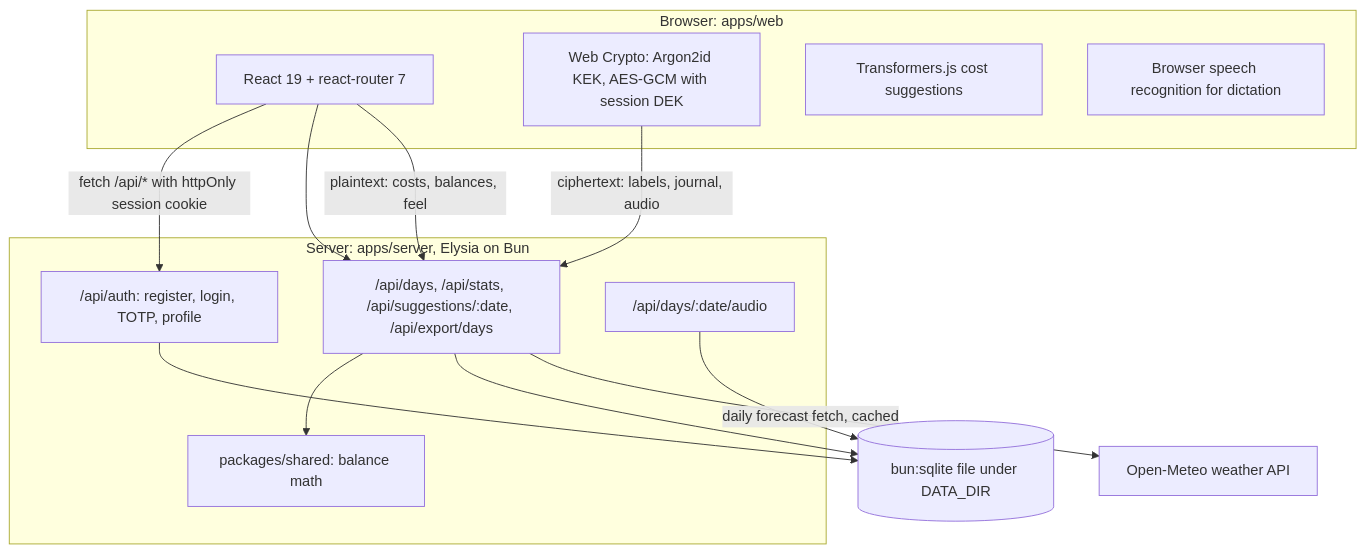
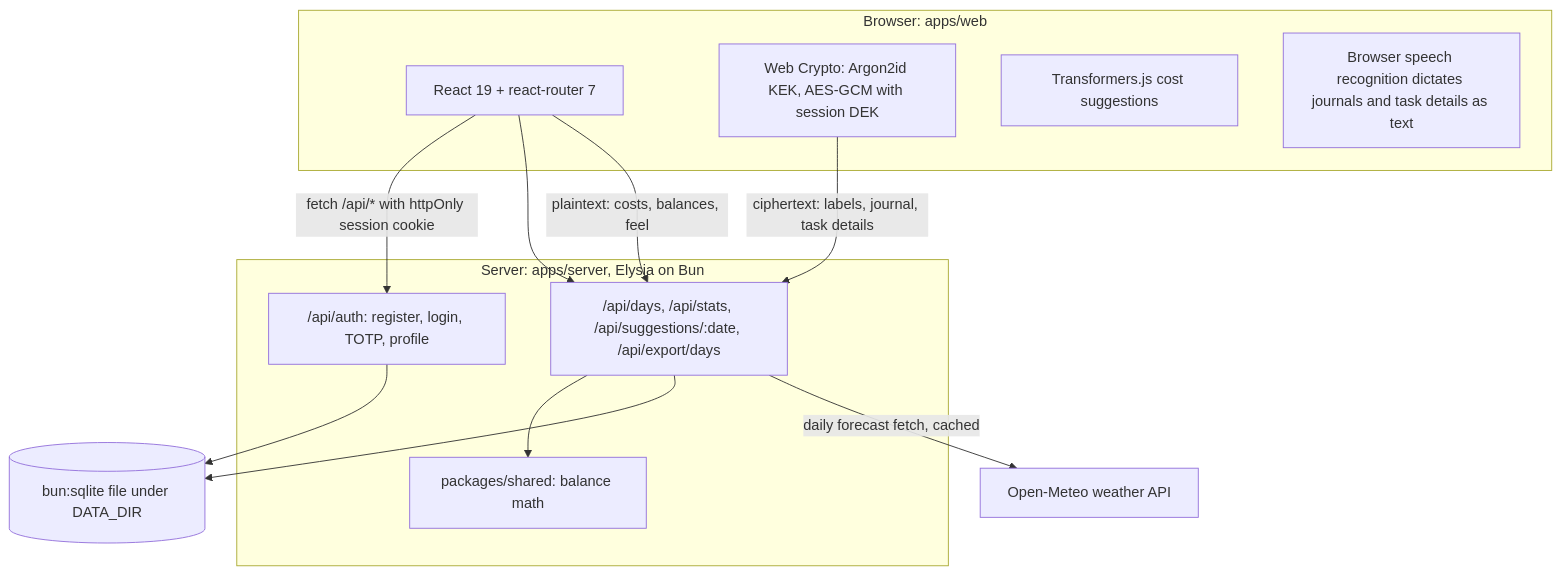
The first of 2 diagrams in ARCHITECTURE.md (97115104/energyaccounting), drawn with Mermaid before and after one commit. The commit also changed other lines of this file and 13 other files, not shown here.

````diff
--- a/ARCHITECTURE.md
+++ b/ARCHITECTURE.md
@@ -7,26 +7,24 @@
 ```mermaid
 flowchart TB
   subgraph browser [Browser: apps/web]
     ui["React 19 + react-router 7"]
     webcrypto["Web Crypto: Argon2id KEK, AES-GCM with session DEK"]
     embed["Transformers.js cost suggestions"]
-    speech["Browser speech recognition for dictation"]
+    speech["Browser speech recognition dictates journals and task details as text"]
   end
   subgraph server [Server: apps/server, Elysia on Bun]
     authr["/api/auth: register, login, TOTP, profile"]
     daysr["/api/days, /api/stats, /api/suggestions/:date, /api/export/days"]
-    audior["/api/days/:date/audio"]
     shared["packages/shared: balance math"]
   end
   db[("bun:sqlite file under DATA_DIR")]
   meteo["Open-Meteo weather API"]
   ui -->|"fetch /api/* with httpOnly session cookie"| authr
   ui --> daysr
-  webcrypto -->|"ciphertext: labels, journal, audio"| daysr
+  webcrypto -->|"ciphertext: labels, journal, task details"| daysr
   ui -->|"plaintext: costs, balances, feel"| daysr
   daysr --> shared
   authr --> db
   daysr --> db
-  audior --> db
   daysr -->|"daily forecast fetch, cached"| meteo
 ```
````
